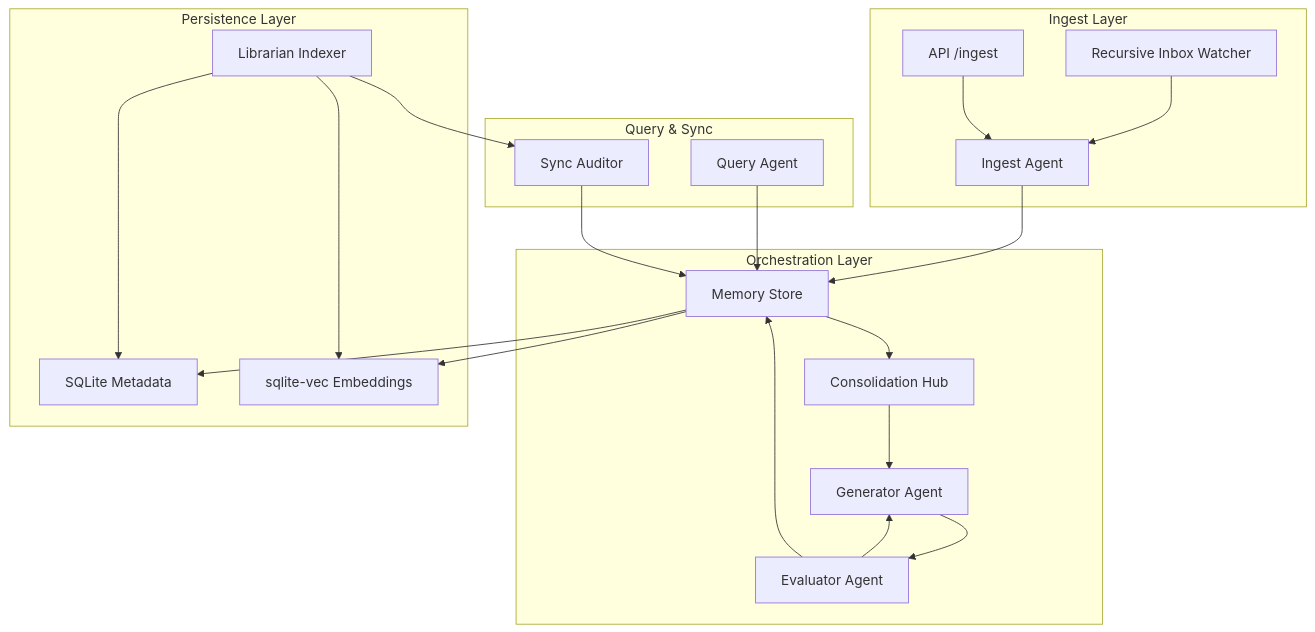
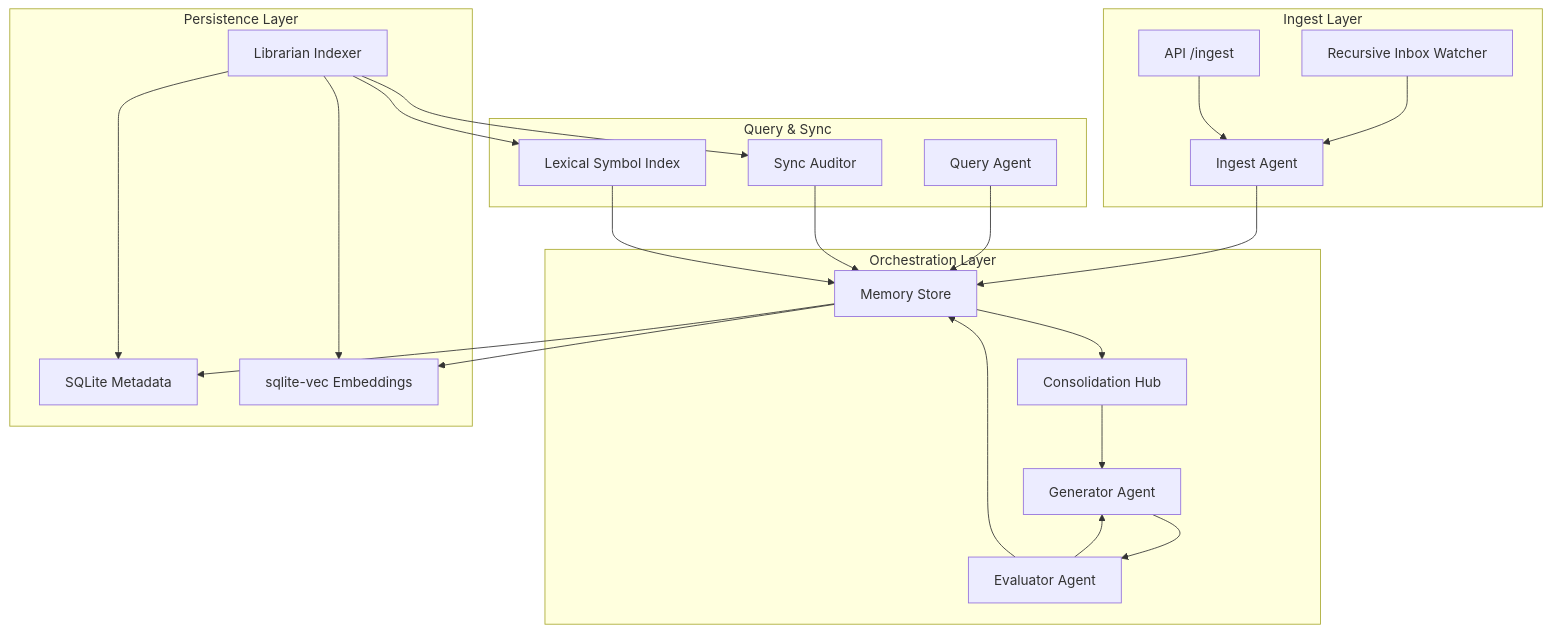
Before and after one commit to A4ABATTERY/Always-On-Memory: the diagram in docs/architecture.md, drawn with Mermaid. The commit also changed other lines of this file and 9 other files, not shown here.

````diff
--- a/docs/architecture.md
+++ b/docs/architecture.md
@@ -7,29 +7,31 @@
 ```mermaid
 graph TD
     subgraph "Ingest Layer"
         Watch[Recursive Inbox Watcher] --> Ingest[Ingest Agent]
         API_I[API /ingest] --> Ingest
     end
 
     subgraph "Orchestration Layer"
         Ingest --> Store[Memory Store]
         Store --> Cons[Consolidation Hub]
         Cons --> Gen[Generator Agent]
         Gen --> Eval[Evaluator Agent]
         Eval --> Gen
         Eval --> Store
     end
 
     subgraph "Persistence Layer"
         Store --> SQL[SQLite Metadata]
         Store --> VEC[sqlite-vec Embeddings]
         Librarian[Librarian Indexer] --> VEC
         Librarian --> SQL
     end
 
     subgraph "Query & Sync"
         Query[Query Agent] --> Store
         Librarian --> Sync[Sync Auditor]
         Sync --> Store
+        Librarian --> LSI[Lexical Symbol Index]
+        LSI --> Store
     end
 ```
````
